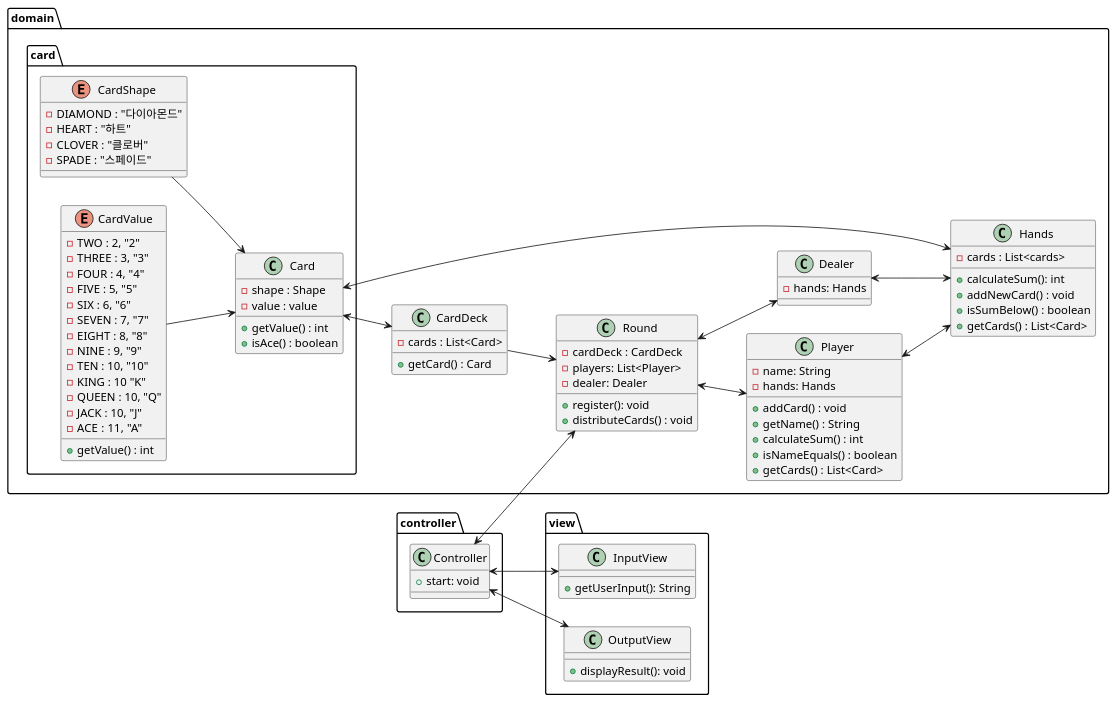
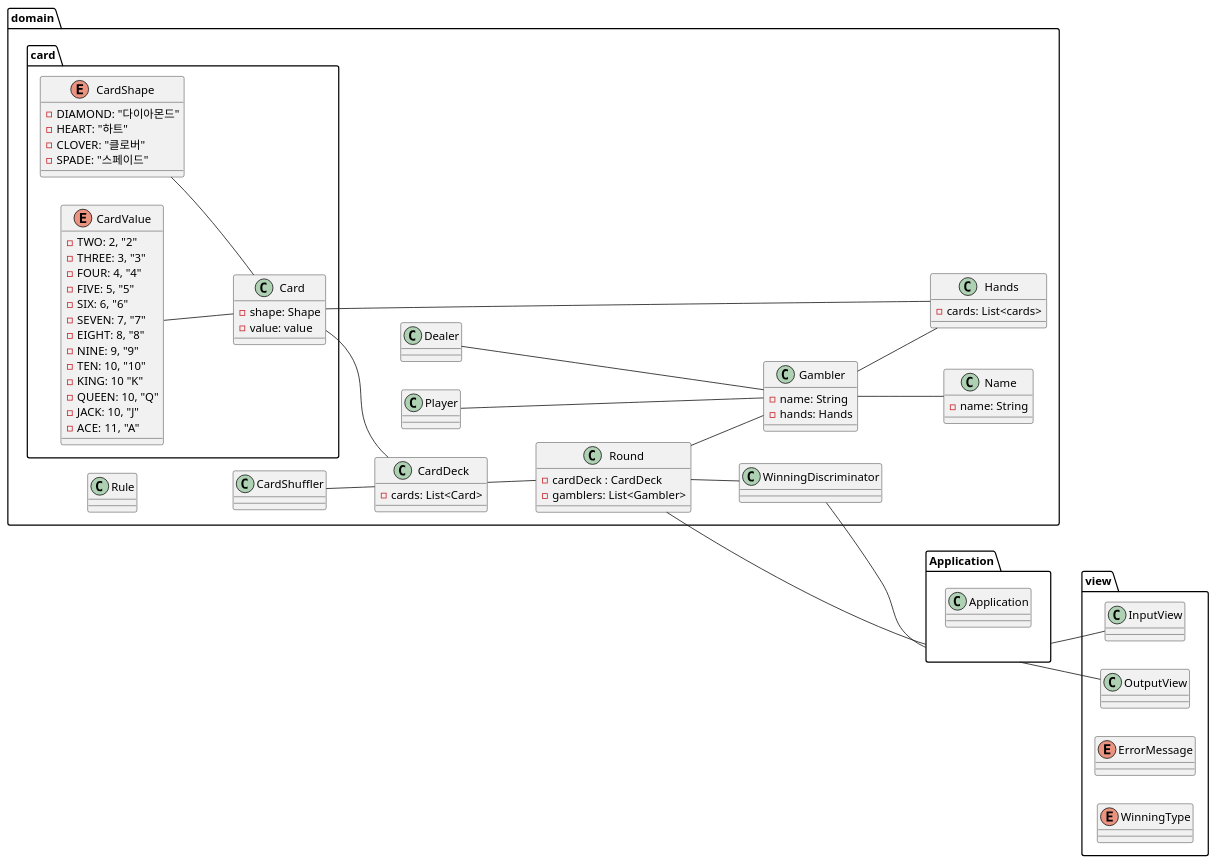
One commit to woowacourse/java-blackjack changed the diagram in src/docs/BlackJack.puml. Above: the diagram before and after it, drawn with PlantUML. The commit also changed 1 other file, not shown here.

Commit message:
docs: 프로그램 구조도 추가

```diff
--- a/src/docs/BlackJack.puml
+++ b/src/docs/BlackJack.puml
@@ -1,104 +1,113 @@
 @startuml
 left to right direction
-package controller {
-  class Controller {
-    +start: void
+package Application {
+  class Application {
   }
 }
 
 package domain {
   class Hands {
-    - cards : List<cards>
-    + calculateSum(): int
-    + addNewCard() : void
-    + isSumBelow() : boolean
-    + getCards() : List<Card>
+    - cards: List<cards>
+  }
+
+  class Name {
+    - name: String
+  }
+
+  class Gambler {
+    - name: String
+    - hands: Hands
+  }
+
+  class Dealer {
   }
 
   class Player {
-    - name: String
-    - hands: Hands
-    + addCard() : void
-    + getName() : String
-    + calculateSum() : int
-    + isNameEquals() : boolean
-    + getCards() : List<Card>
   }
 
-  class Dealer {
-    - hands: Hands
+  class Rule {
+  }
+
+  class CardShuffler {
+  }
+
+  class WinningDiscriminator {
   }
 
   class Round {
     - cardDeck : CardDeck
-    - players: List<Player>
-    - dealer: Dealer
-    + register(): void
-    + distributeCards() : void
+    - gamblers: List<Gambler>
   }
 
   class CardDeck {
-    - cards : List<Card>
-    + getCard() : Card
+    - cards: List<Card>
   }
 
   package card {
     class Card {
-      - shape : Shape
-      - value : value
-      + getValue() : int
-      + isAce() : boolean
+      - shape: Shape
+      - value: value
     }
 
     Enum CardShape {
-          - DIAMOND : "다이아몬드"
-          - HEART : "하트"
-          - CLOVER : "클로버"
-          - SPADE : "스페이드"
+          - DIAMOND: "다이아몬드"
+          - HEART: "하트"
+          - CLOVER: "클로버"
+          - SPADE: "스페이드"
     }
 
     Enum CardValue {
-          - TWO : 2, "2"
-          - THREE : 3, "3"
-          - FOUR : 4, "4"
-          - FIVE : 5, "5"
-          - SIX : 6, "6"
-          - SEVEN : 7, "7"
-          - EIGHT : 8, "8"
-          - NINE : 9, "9"
-          - TEN : 10, "10"
-          - KING : 10 "K"
-          - QUEEN : 10, "Q"
-          - JACK : 10, "J"
-          - ACE : 11, "A"
-          + getValue() : int
+          - TWO: 2, "2"
+          - THREE: 3, "3"
+          - FOUR: 4, "4"
+          - FIVE: 5, "5"
+          - SIX: 6, "6"
+          - SEVEN: 7, "7"
+          - EIGHT: 8, "8"
+          - NINE: 9, "9"
+          - TEN: 10, "10"
+          - KING: 10 "K"
+          - QUEEN: 10, "Q"
+          - JACK: 10, "J"
+          - ACE: 11, "A"
     }
   }
 }
 
 package view {
   class InputView {
-    +getUserInput(): String
   }
 
   class OutputView {
-    +displayResult(): void
+  }
+
+  Enum ErrorMessage {
+  }
+
+  Enum WinningType {
   }
 }
 
+Gambler -- Name
+Gambler -- Hands
+Player --- Gambler
+Dealer --- Gambler
 
-Round <--> Player
-Round <--> Dealer
-Dealer <--> Hands
-Player <--> Hands
+CardValue -- Card
+CardShape -- Card
 
-CardValue --> Card
-CardShape --> Card
-Card <--> CardDeck
-Card <--> Hands
-CardDeck --> Round
+Card -- Hands
+Card -- CardDeck
+CardShuffler -- CardDeck
 
-Controller <--> Round
-Controller <--> InputView
-Controller <--> OutputView
+CardDeck -- Round
+
+Round -- Gambler
+Round -- WinningDiscriminator
+WinningDiscriminator -- Application
+
+Application -- Round
+Application -- InputView
+Application -- OutputView
+
 @enduml
```
